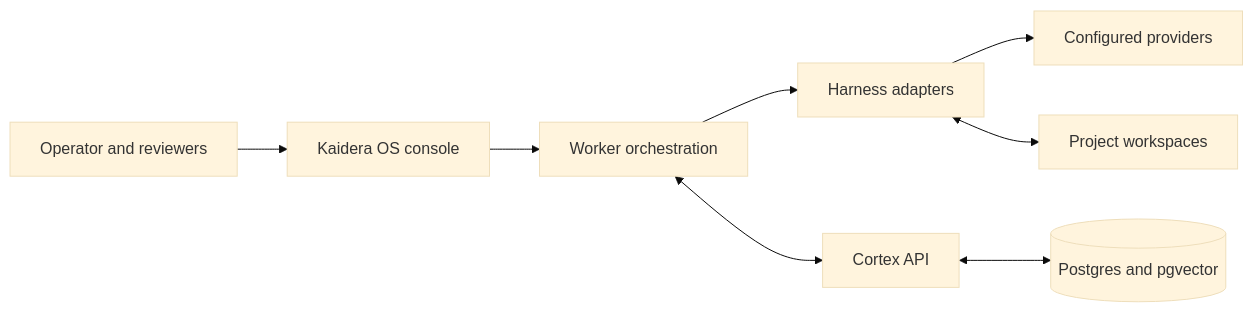
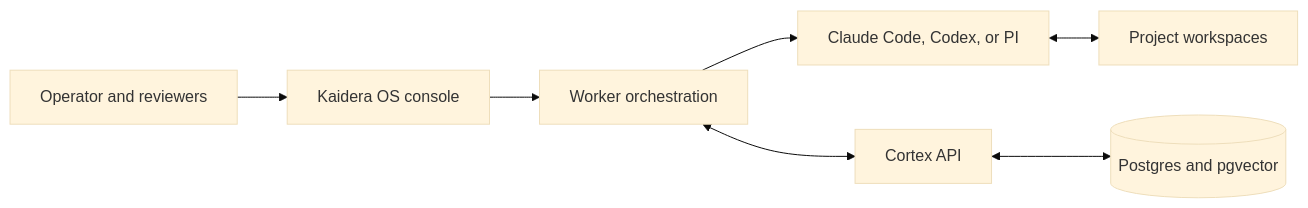
The diagram in README.md (Kaidera-AI/kaidera-os), drawn with Mermaid (base theme) before and after one commit. The commit also changed other lines of this file and 303 other files, not shown here.

````diff
--- a/README.md
+++ b/README.md
@@ -39,10 +36,9 @@
 ```mermaid
 flowchart LR
     Operator[Operator and reviewers] --> Console[Kaidera OS console]
     Console --> Orchestrator[Worker orchestration]
-    Orchestrator --> Harnesses[Harness adapters]
-    Harnesses --> Providers[Configured providers]
+    Orchestrator --> Harnesses[Claude Code, Codex, or PI]
     Harnesses <--> Workspace[Project workspaces]
     Orchestrator <--> Cortex[Cortex API]
     Cortex <--> Memory[(Postgres and pgvector)]
 ```
````
